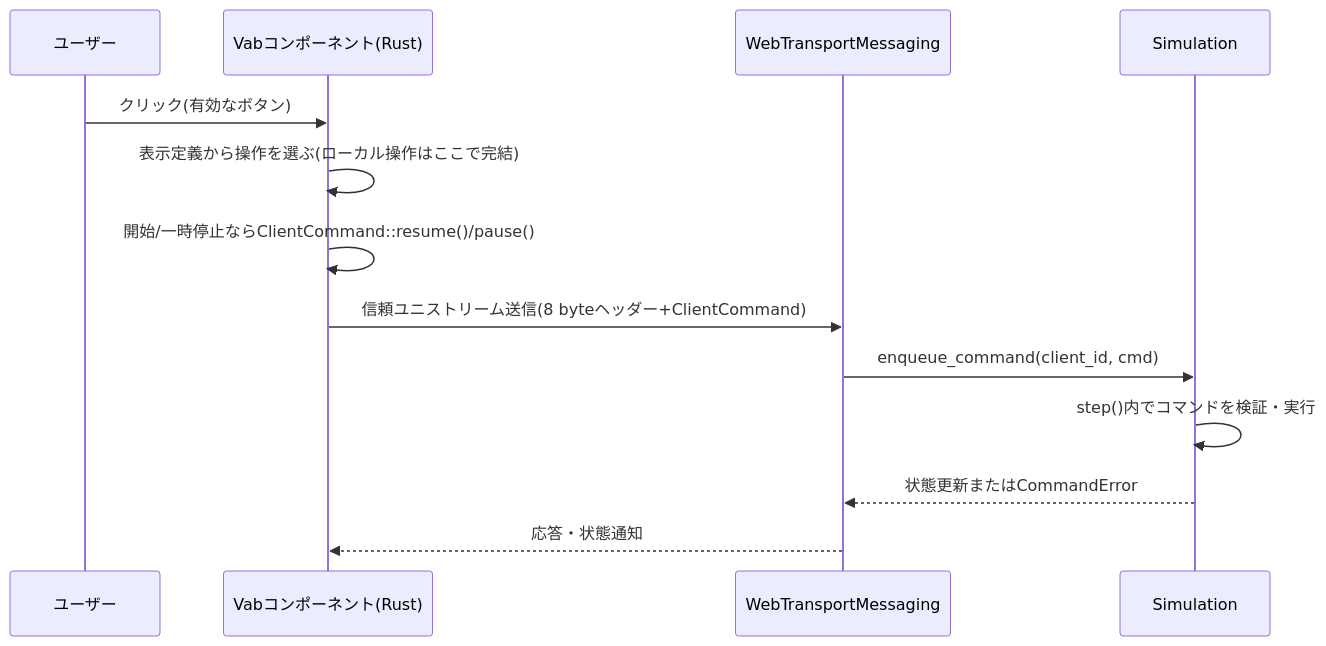
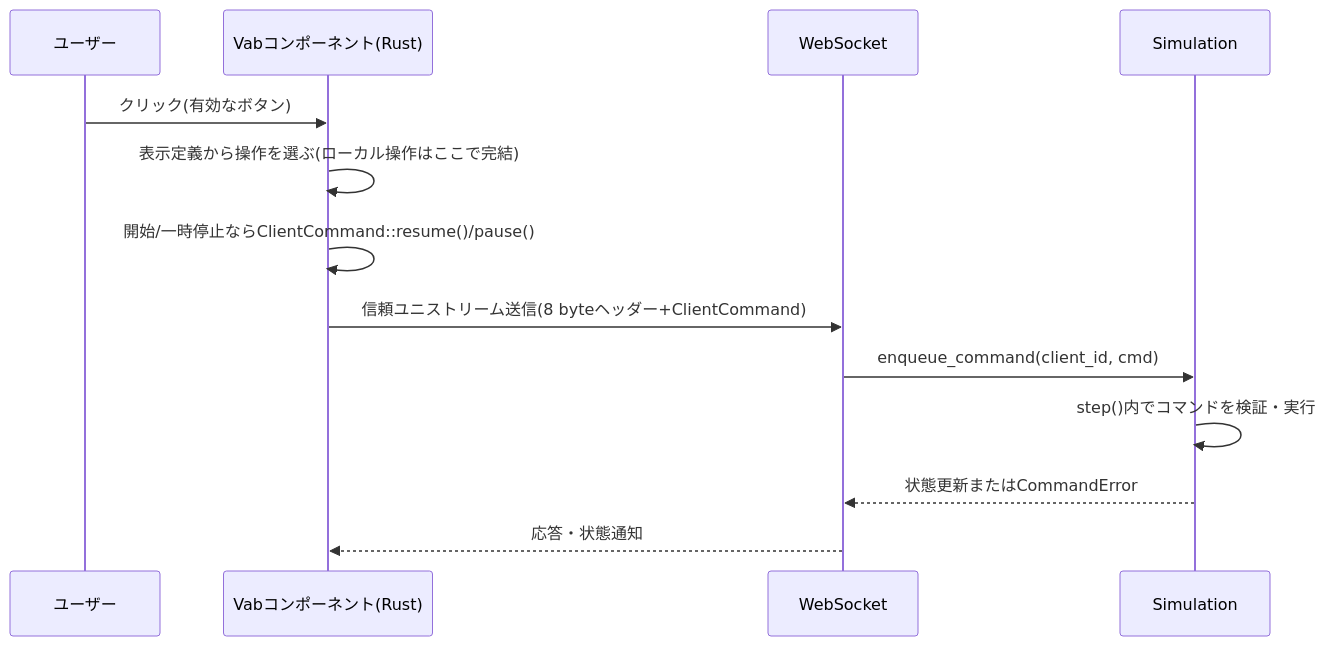
Before and after one commit to ham1a6/SimulationView: the fifth of 11 diagrams in sample/docs/DETAILED_DESIGN.md, drawn with Mermaid. The commit also changed other lines of this file and 27 other files, not shown here.

````diff
--- a/sample/docs/DETAILED_DESIGN.md
+++ b/sample/docs/DETAILED_DESIGN.md
@@ -309,16 +310,16 @@
 ```mermaid
 sequenceDiagram
     participant U as ユーザー
     participant V as Vabコンポーネント(Rust)
-    participant WT as WebTransportMessaging
+    participant WT as WebSocket
     participant Sim as Simulation
 
     U->>V: クリック(有効なボタン)
     V->>V: 表示定義から操作を選ぶ(ローカル操作はここで完結)
     V->>V: 開始/一時停止ならClientCommand::resume()/pause()
     V->>WT: 信頼ユニストリーム送信(8 byteヘッダー+ClientCommand)
     WT->>Sim: enqueue_command(client_id, cmd)
     Sim->>Sim: step()内でコマンドを検証・実行
     Sim-->>WT: 状態更新またはCommandError
     WT-->>V: 応答・状態通知
 ```
````
